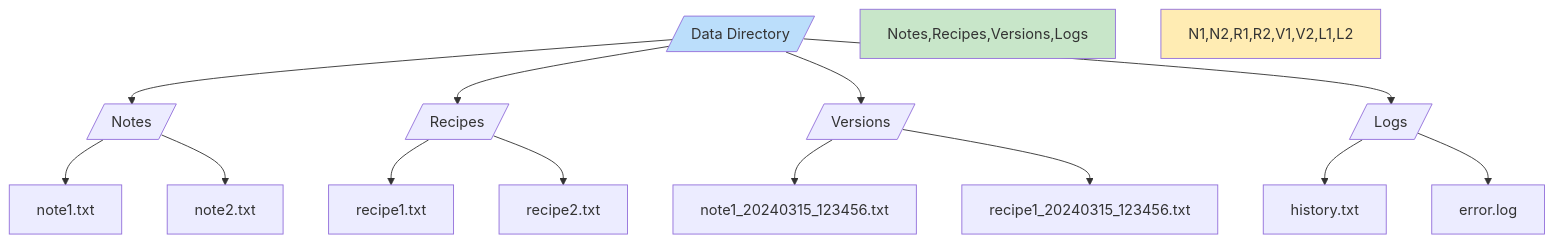
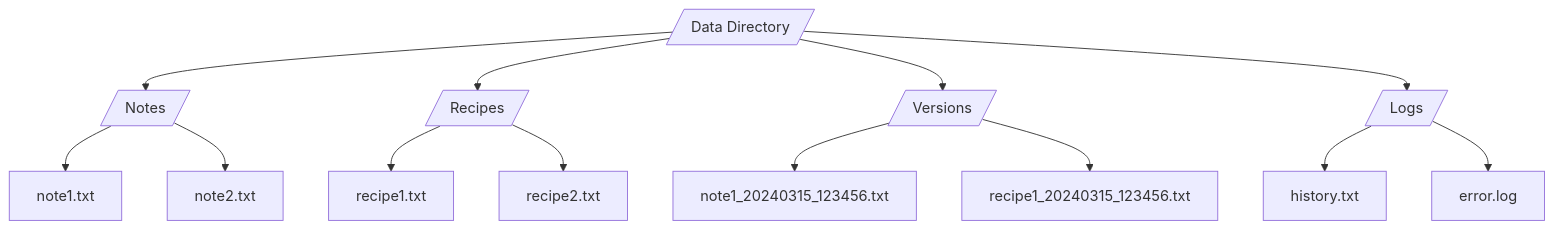
Before and after one commit to LGICCommunity/NoteCLI: the fifth of 17 diagrams in Docs/DevelopmentGuide/DETAILED_IMPLEMENTATION.md, drawn with Mermaid. The commit also changed other lines of this file and 1 other file, not shown here.

````diff
--- a/Docs/DevelopmentGuide/DETAILED_IMPLEMENTATION.md
+++ b/Docs/DevelopmentGuide/DETAILED_IMPLEMENTATION.md
@@ -131,23 +123,20 @@
 ```mermaid
 graph TD
     Root[/Data Directory/] --> Notes[/Notes/]
     Root --> Recipes[/Recipes/]
     Root --> Versions[/Versions/]
     Root --> Logs[/Logs/]
     
     Notes --> N1[note1.txt]
     Notes --> N2[note2.txt]
     
     Recipes --> R1[recipe1.txt]
     Recipes --> R2[recipe2.txt]
     
     Versions --> V1[note1_20240315_123456.txt]
     Versions --> V2[recipe1_20240315_123456.txt]
     
     Logs --> L1[history.txt]
     Logs --> L2[error.log]
     
-    style Root fill:#bbdefb
-    style Notes,Recipes,Versions,Logs fill:#c8e6c9
-    style N1,N2,R1,R2,V1,V2,L1,L2 fill:#ffecb3
 ```
````
